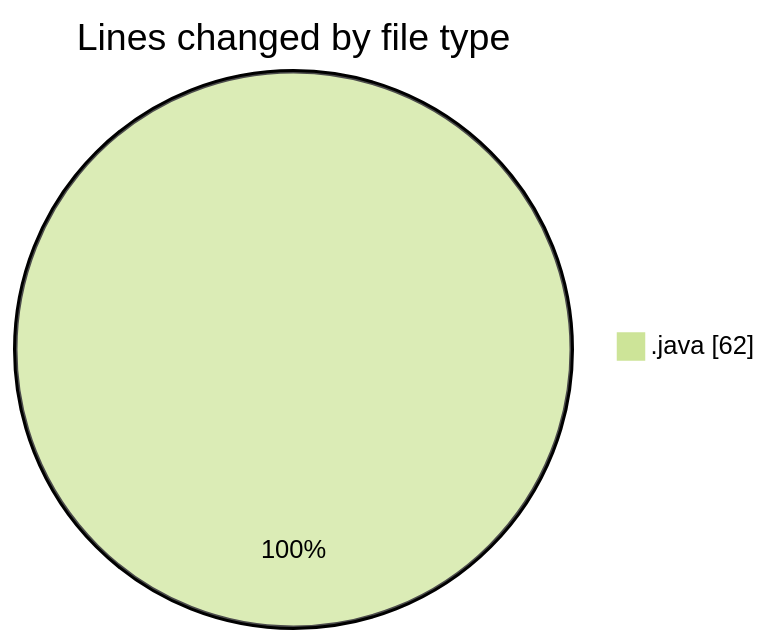
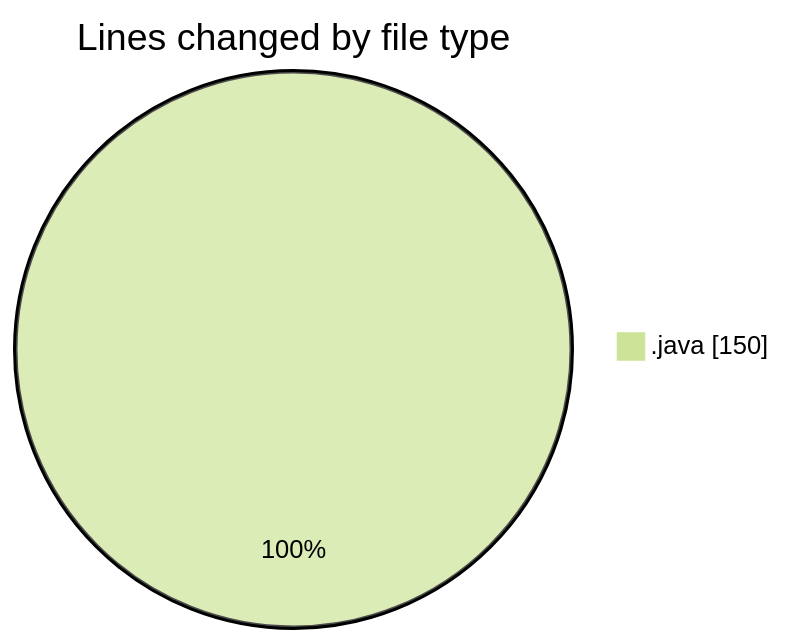
The first of 2 diagrams in 2026-04-09/cilapp/README.md (ricardozamudiocil/code-tracking), drawn with Mermaid (forest theme) before and after one commit. The commit also changed other lines of this file and 1 other file, not shown here.

````diff
--- a/2026-04-09/cilapp/README.md
+++ b/2026-04-09/cilapp/README.md
@@ -20,5 +20,5 @@
 ```mermaid
 pie showData
 title Lines changed by file type
-".java" : 62
+".java" : 150
 ```
````
